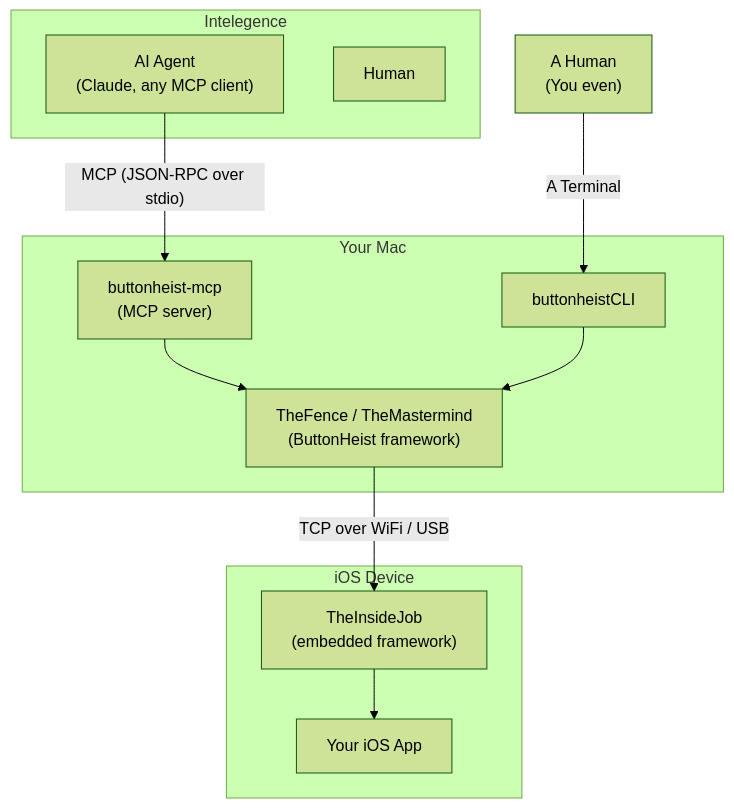
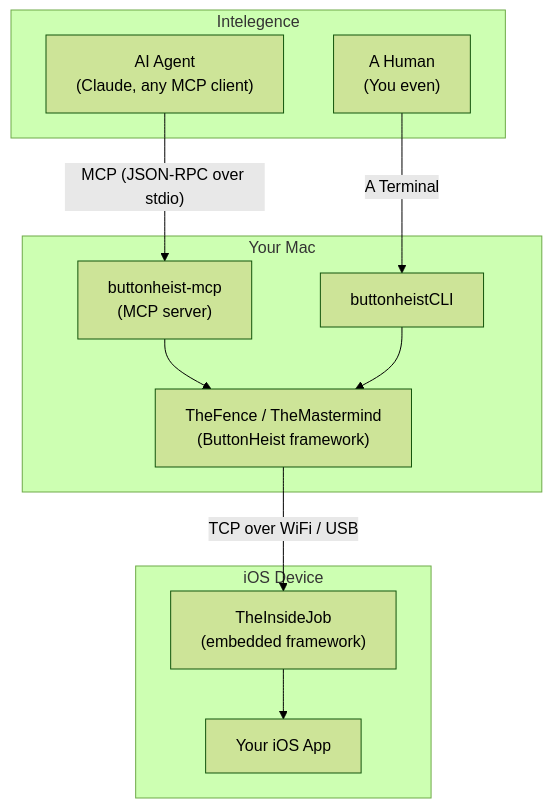
The diagram in README.md (RoyalPineapple/TheButtonHeist), drawn with Mermaid (forest theme) before and after one commit.

Commit message:
Correct capitalization of 'Human' to 'HUMAN'

````diff
--- a/README.md
+++ b/README.md
@@ -55,34 +55,34 @@
 ```mermaid
 %% If you can read this, the diagram isn't rendering. Try github.com in a browser.
 graph TD
     AI["AI Agent<br/>(Claude, any MCP client)"]
     HUMAN["A Human<br/> (You even)"]
     MCP["buttonheist-mcp<br/>(MCP server)"]
     CLI["buttonheistCLI"]
     Client["TheFence / TheMastermind<br/>(ButtonHeist framework)"]
     IJ["TheInsideJob<br/>(embedded framework)"]
     App["Your iOS App"]
 
     AI -->|"MCP (JSON-RPC over stdio)"| MCP
     MCP --> Client
     HUMAN -->|"A Terminal"| CLI
     CLI --> Client
     Client -->|"TCP over WiFi / USB"| IJ
     IJ --> App
 
     subgraph Intelegence["Intelegence"]
-        Human
+        HUMAN
         AI
     end
 
     subgraph Mac["Your Mac"]
         MCP
         CLI
         Client
     end
 
     subgraph Device["iOS Device"]
         IJ
         App
     end
 ```
````
